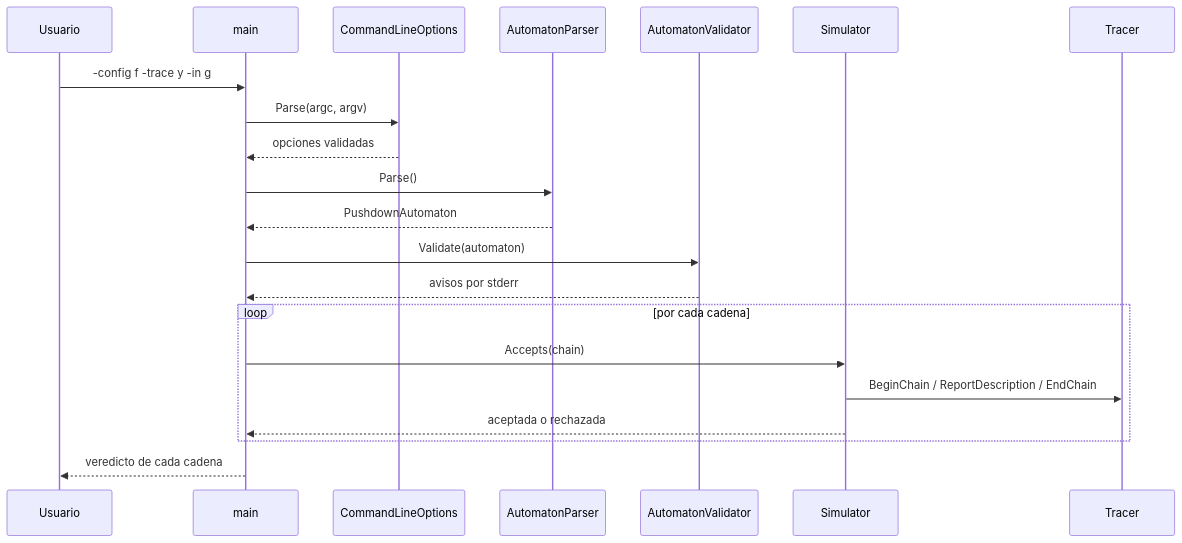
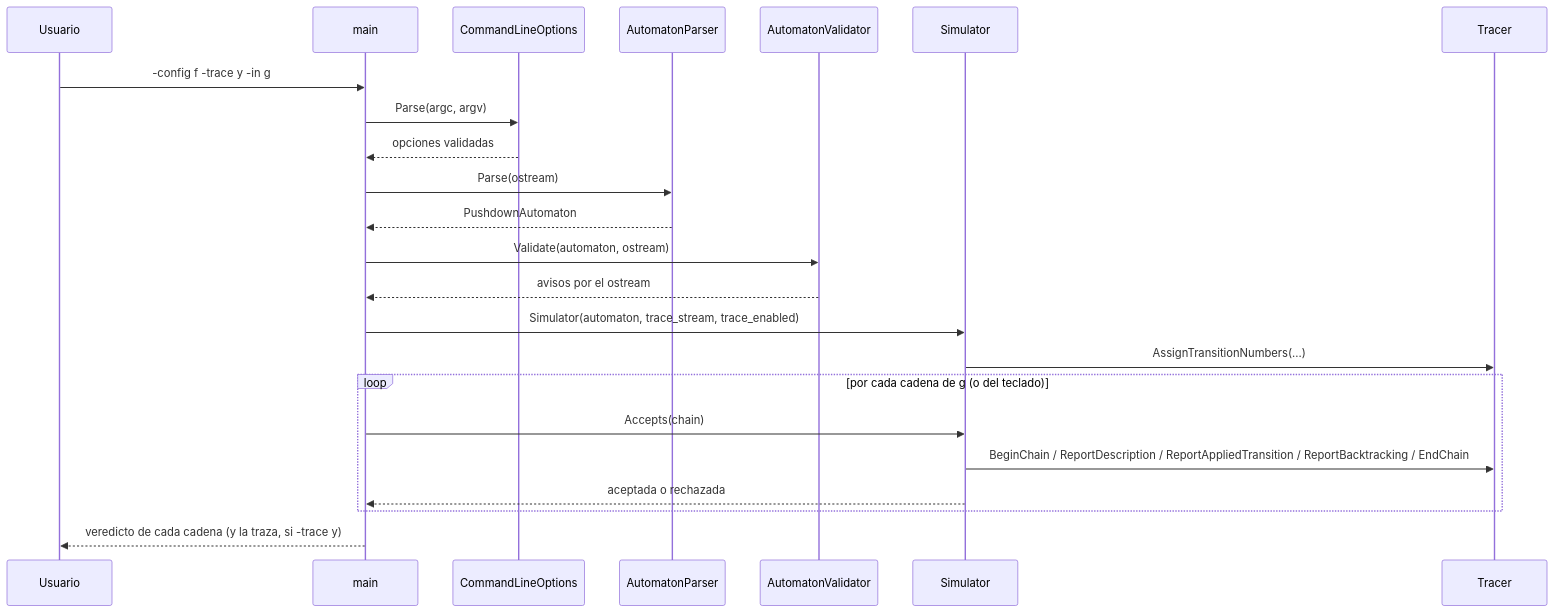
The third of 3 diagrams in practica_1/AutomataPila.md (AlvaroPerezRamos/Complejidad-Computacional), drawn with Mermaid before and after one commit. The commit also changed other lines of this file, not shown here.

````diff
--- a/practica_1/AutomataPila.md
+++ b/practica_1/AutomataPila.md
@@ -284,24 +304,26 @@
 ```mermaid
 sequenceDiagram
     participant Usuario
     participant main
     participant CommandLineOptions
     participant AutomatonParser
     participant AutomatonValidator
     participant Simulator
     participant Tracer
 
     Usuario->>main: -config f -trace y -in g
     main->>CommandLineOptions: Parse(argc, argv)
     CommandLineOptions-->>main: opciones validadas
-    main->>AutomatonParser: Parse()
+    main->>AutomatonParser: Parse(ostream)
     AutomatonParser-->>main: PushdownAutomaton
-    main->>AutomatonValidator: Validate(automaton)
-    AutomatonValidator-->>main: avisos por stderr
-    loop por cada cadena
+    main->>AutomatonValidator: Validate(automaton, ostream)
+    AutomatonValidator-->>main: avisos por el ostream
+    main->>Simulator: Simulator(automaton, trace_stream, trace_enabled)
+    Simulator->>Tracer: AssignTransitionNumbers(...)
+    loop por cada cadena de g (o del teclado)
         main->>Simulator: Accepts(chain)
-        Simulator->>Tracer: BeginChain / ReportDescription / EndChain
+        Simulator->>Tracer: BeginChain / ReportDescription / ReportAppliedTransition / ReportBacktracking / EndChain
         Simulator-->>main: aceptada o rechazada
     end
-    main-->>Usuario: veredicto de cada cadena
+    main-->>Usuario: veredicto de cada cadena (y la traza, si -trace y)
 ```
````
